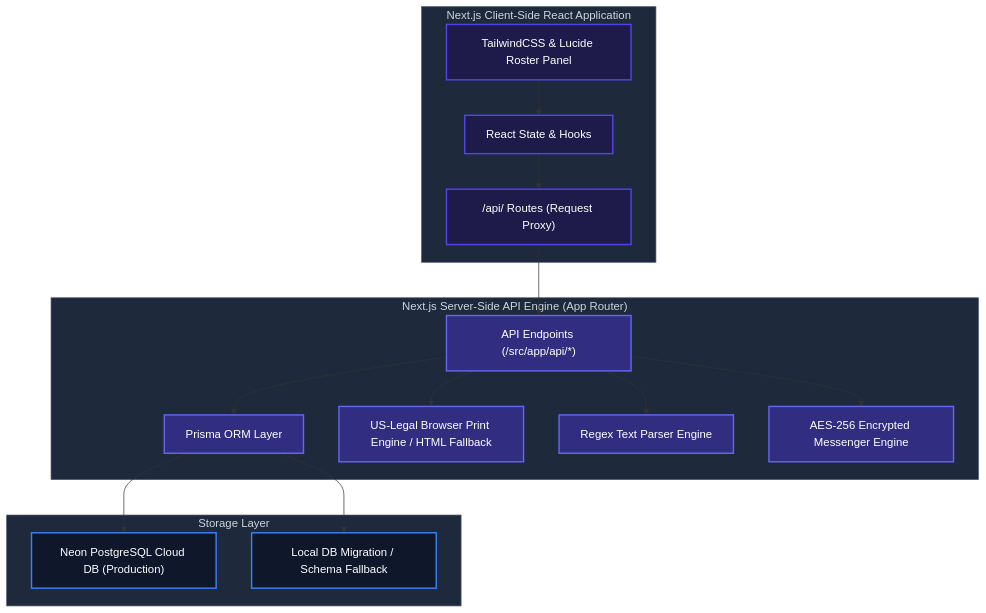
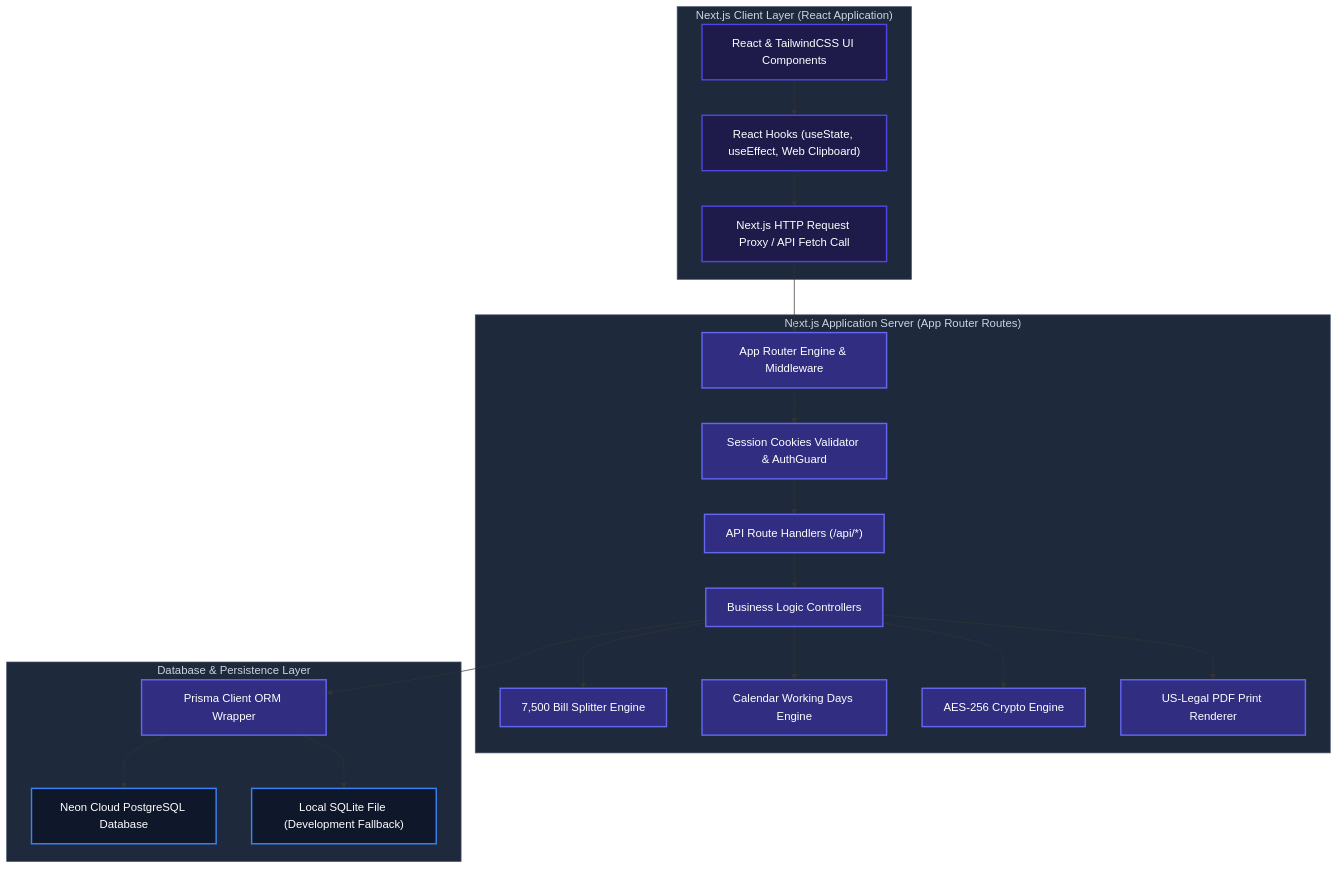
The diagram in README.md (syedarifulislamemon2010/Late-Sitting-Holiday-Night-Duty), drawn with Mermaid before and after one commit. The commit also changed other lines of this file, not shown here.

````diff
--- a/README.md
+++ b/README.md
@@ -13,29 +27,34 @@
 ```mermaid
 graph TD
     %% Styling
     classDef client fill:#1e1b4b,stroke:#4f46e5,stroke-width:2px,color:#fff;
     classDef server fill:#312e81,stroke:#6366f1,stroke-width:2px,color:#fff;
     classDef storage fill:#0f172a,stroke:#3b82f6,stroke-width:2px,color:#fff;
     classDef box fill:#1e293b,stroke:#475569,stroke-width:1px,color:#cbd5e1;
 
-    subgraph Client["Next.js Client-Side React Application"]
-        UI["TailwindCSS & Lucide Roster Panel"]:::client --> State["React State & Hooks"]:::client
-        State --> Proxy["/api/ Routes (Request Proxy)"]:::client
+    subgraph Client["Next.js Client Layer (React Application)"]
+        UI["React & TailwindCSS UI Components"]:::client --> State["React Hooks (useState, useEffect, Web Clipboard)"]:::client
+        State --> Proxy["Next.js HTTP Request Proxy / API Fetch Call"]:::client
     end
 
-    subgraph Server["Next.js Server-Side API Engine (App Router)"]
-        Proxy --> Endpoints["API Endpoints (/src/app/api/*)"]:::server
-        Endpoints --> Prisma["Prisma ORM Layer"]:::server
-        Endpoints --> PDF["US-Legal Browser Print Engine / HTML Fallback"]:::server
-        Endpoints --> Regex["Regex Text Parser Engine"]:::server
-        Endpoints --> Crypto["AES-256 Encrypted Messenger Engine"]:::server
+    subgraph Server["Next.js Application Server (App Router Routes)"]
+        Proxy --> Router["App Router Engine & Middleware"]:::server
+        Router --> Auth["Session Cookies Validator & AuthGuard"]:::server
+        Auth --> Endpoints["API Route Handlers (/api/*)"]:::server
+        Endpoints --> BusinessLogic["Business Logic Controllers"]:::server
+        
+        %% Mechanisms
+        BusinessLogic --> LimitSplitter["7,500 Bill Splitter Engine"]:::server
+        BusinessLogic --> CalendarEngine["Calendar Working Days Engine"]:::server
+        BusinessLogic --> CryptoEngine["AES-256 Crypto Engine"]:::server
+        BusinessLogic --> PrintStyles["US-Legal PDF Print Renderer"]:::server
     end
 
-    subgraph Storage["Storage Layer"]
-        Prisma --> PostgreSQL["Neon PostgreSQL Cloud DB (Production)"]:::storage
-        Prisma --> LocalDB["Local DB Migration / Schema Fallback"]:::storage
+    subgraph Storage["Database & Persistence Layer"]
+        BusinessLogic --> Prisma["Prisma Client ORM Wrapper"]:::server
+        Prisma --> NeonPostgreSQL["Neon Cloud PostgreSQL Database"]:::storage
+        Prisma --> LocalSQLite["Local SQLite File (Development Fallback)"]:::storage
     end
 
-    %% Class assignments
     class Client,Server,Storage box;
 ```
````
